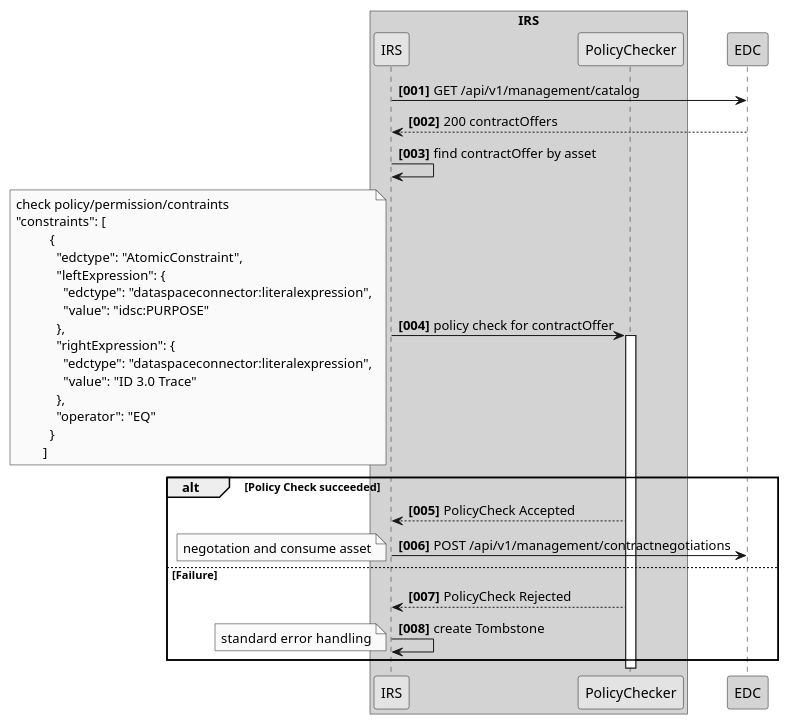
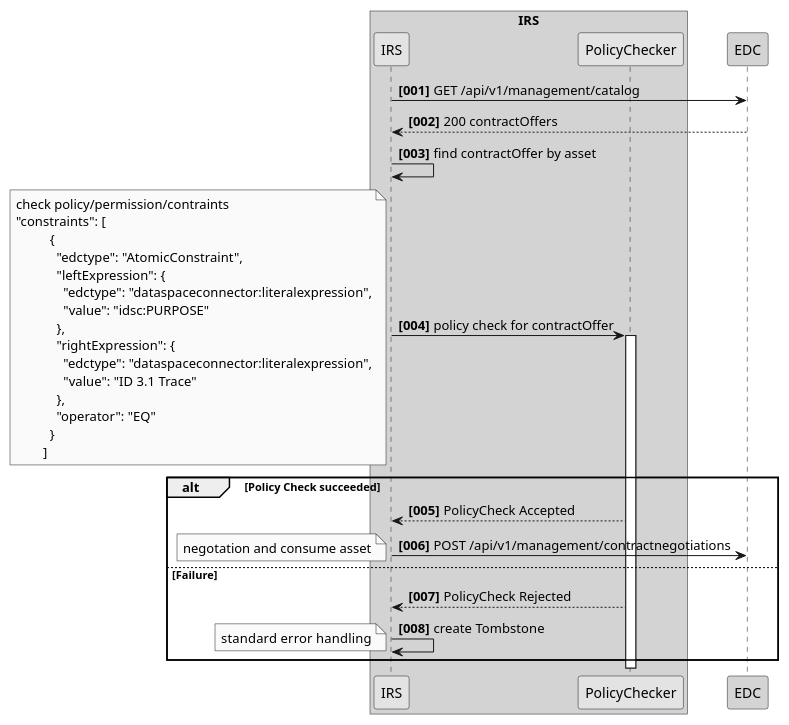
Before and after one commit to eclipse-tractusx/item-relationship-service: the diagram in docs/src/uml-diagrams/data-sovereignty/data-sovereignty-sequence.puml, drawn with PlantUML. The commit also changed 8 other files, not shown here.

```diff
--- a/docs/src/uml-diagrams/data-sovereignty/data-sovereignty-sequence.puml
+++ b/docs/src/uml-diagrams/data-sovereignty/data-sovereignty-sequence.puml
@@ -1,54 +1,54 @@
 @startuml
 skinparam monochrome true
 skinparam shadowing false
 
 
 autonumber "<b>[000]"
 
 
 
 box "IRS" #LightGrey
 participant IRS
 participant PolicyChecker
 end box
 
 participant "EDC" as EDC #99FF99
 
 IRS -> EDC: GET /api/v1/management/catalog
 IRS <-- EDC: 200 contractOffers
 IRS -> IRS : find contractOffer by asset
 IRS -> PolicyChecker : policy check for contractOffer
 activate PolicyChecker
 note left
     check policy/permission/contraints
     "constraints": [
               {
                 "edctype": "AtomicConstraint",
                 "leftExpression": {
                   "edctype": "dataspaceconnector:literalexpression",
                   "value": "idsc:PURPOSE"
                 },
                 "rightExpression": {
                   "edctype": "dataspaceconnector:literalexpression",
-                  "value": "ID 3.0 Trace"
+                  "value": "ID 3.1 Trace"
                 },
                 "operator": "EQ"
               }
             ]
 end note
 
 alt Policy Check succeeded
     IRS <-- PolicyChecker: PolicyCheck Accepted
     IRS -> EDC : POST /api/v1/management/contractnegotiations
     note left
         negotation and consume asset
     end note
 else  Failure
     IRS <-- PolicyChecker: PolicyCheck Rejected
     IRS -> IRS : create Tombstone
       note left
             standard  error handling
       end note
 end
 
 @enduml
```
